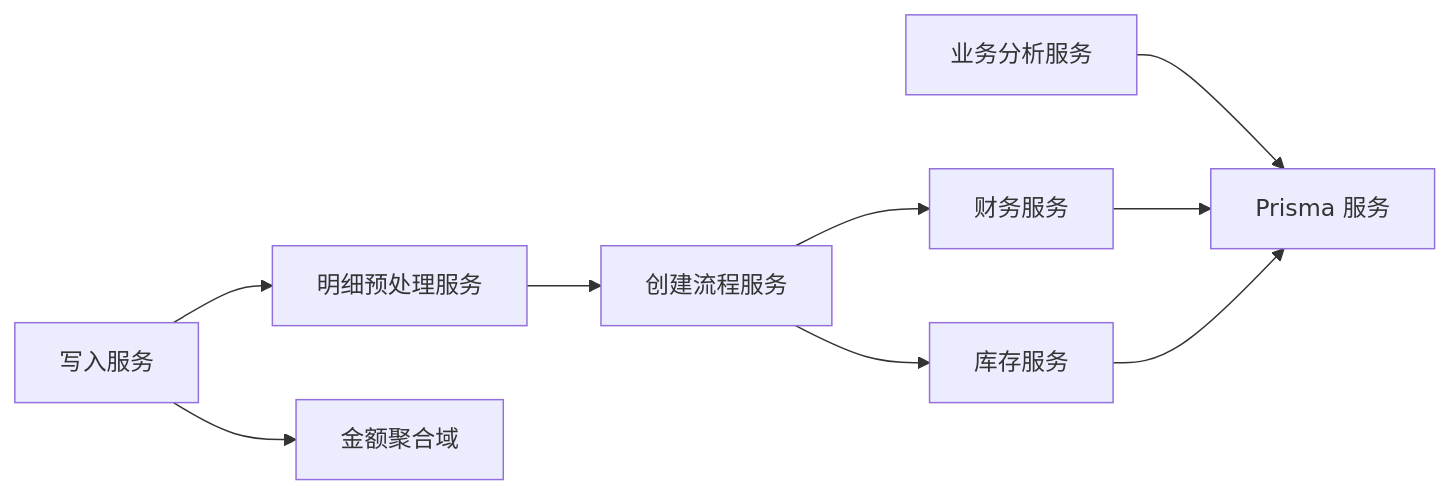
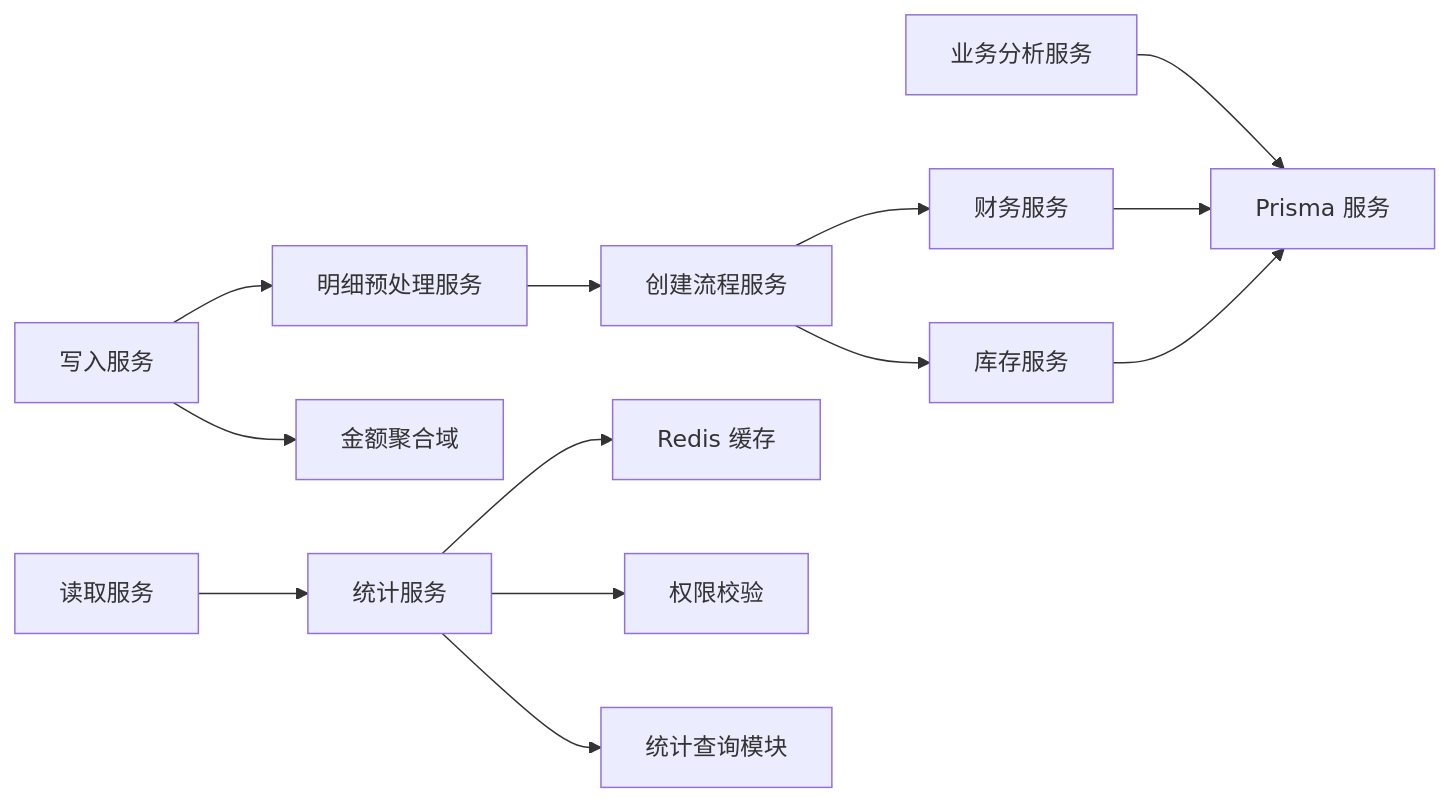
Before and after one commit to rc558620/purelyprofit-server: the sixth of 6 diagrams in .qoder/repowiki/zh/content/业务模块/运营管理模块/销售管理.md, drawn with Mermaid. The commit also changed other lines of this file and 30 other files, not shown here.

````diff
--- a/.qoder/repowiki/zh/content/业务模块/运营管理模块/销售管理.md
+++ b/.qoder/repowiki/zh/content/业务模块/运营管理模块/销售管理.md
@@ -390,11 +619,15 @@
 ```mermaid
 graph LR
 WRITESVC["写入服务"] --> PREP["明细预处理服务"]
 WRITESVC --> AMOUNTS["金额聚合域"]
 PREP --> CREATEFLOW["创建流程服务"]
 CREATEFLOW --> INV["库存服务"]
 CREATEFLOW --> FIN["财务服务"]
+READSVC["读取服务"] --> STATSSVC["统计服务"]
+STATSSVC --> REDIS["Redis 缓存"]
+STATSSVC --> ACCESS["权限校验"]
+STATSSVC --> QUERY["统计查询模块"]
 BASVC["业务分析服务"] --> PRISMA["Prisma 服务"]
 FIN --> PRISMA
 INV --> PRISMA
 ```
````
